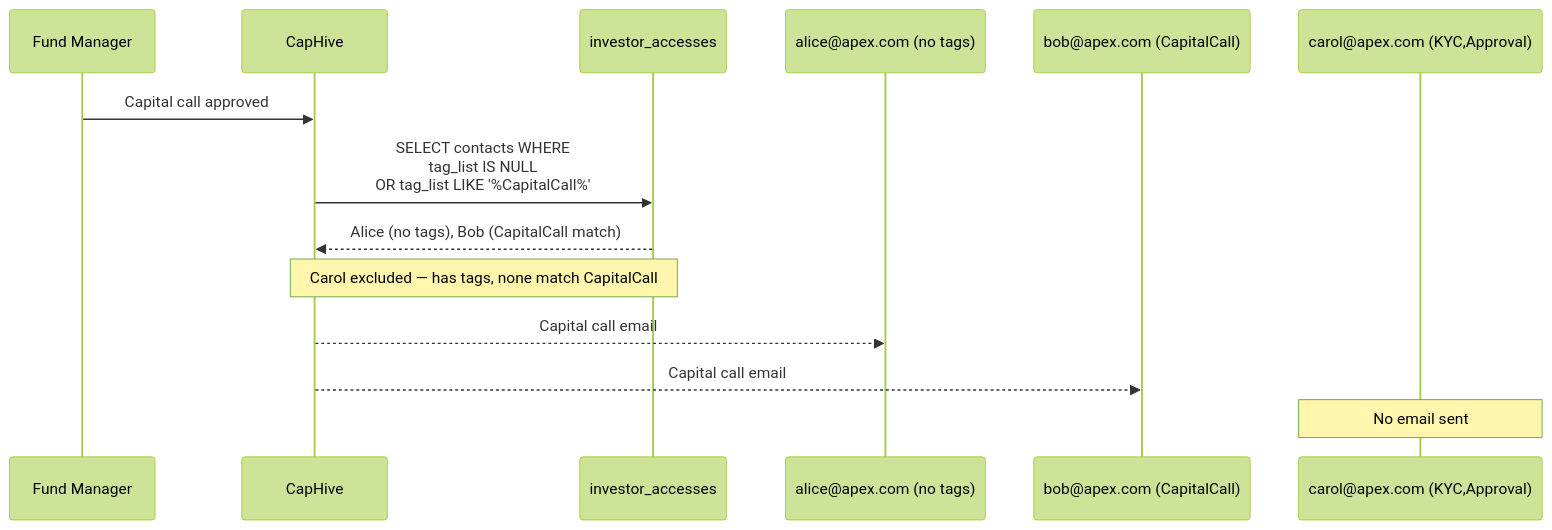
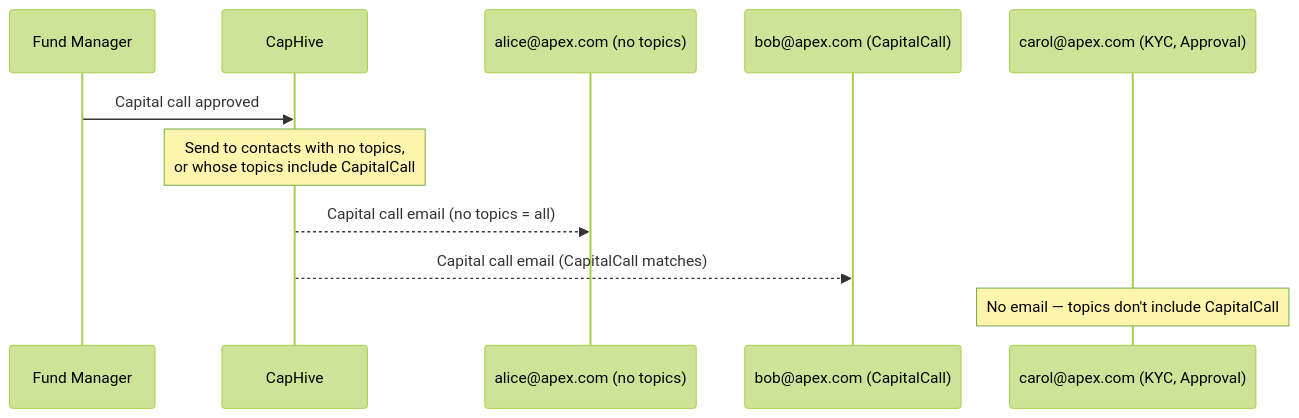
One commit to sampadadiwan/IRM_CompanyMain changed the second of 3 diagrams in docs/user_guides/investor_access_tutorial.md. Above: the diagram before and after it, drawn with Mermaid (forest theme). The commit also changed other lines of this file and 21 other files, not shown here.

````diff
--- a/docs/user_guides/investor_access_tutorial.md
+++ b/docs/user_guides/investor_access_tutorial.md
@@ -159,17 +159,14 @@
 ```mermaid
 sequenceDiagram
     participant FM as Fund Manager
     participant System as CapHive
-    participant DB as investor_accesses
-    participant Alice as alice@apex.com (no tags)
+    participant Alice as alice@apex.com (no topics)
     participant Bob as bob@apex.com (CapitalCall)
-    participant Carol as carol@apex.com (KYC,Approval)
+    participant Carol as carol@apex.com (KYC, Approval)
 
     FM->>System: Capital call approved
-    System->>DB: SELECT contacts WHERE<br/>tag_list IS NULL<br/>OR tag_list LIKE '%CapitalCall%'
-    DB-->>System: Alice (no tags), Bob (CapitalCall match)
-    Note over DB,System: Carol excluded — has tags, none match CapitalCall
-    System-->>Alice: Capital call email
-    System-->>Bob: Capital call email
-    Note over Carol: No email sent
+    Note over System: Send to contacts with no topics,<br/>or whose topics include CapitalCall
+    System-->>Alice: Capital call email (no topics = all)
+    System-->>Bob: Capital call email (CapitalCall matches)
+    Note over Carol: No email — topics don't include CapitalCall
 ```
````
